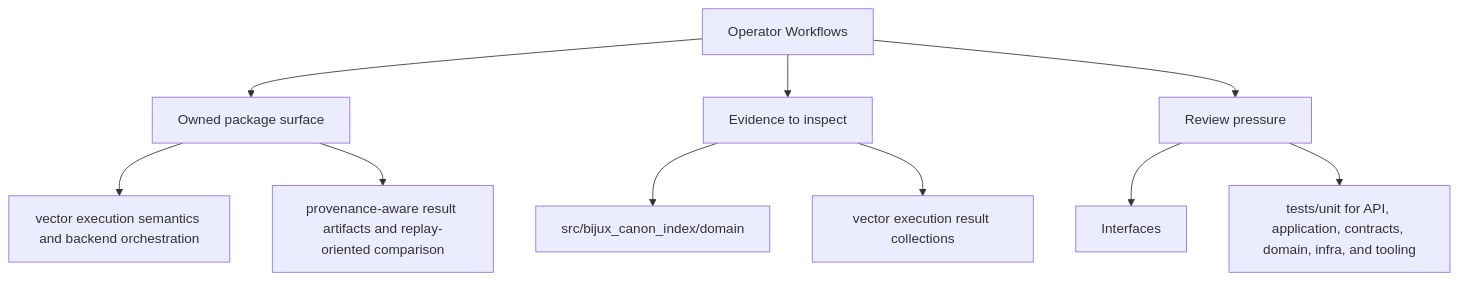
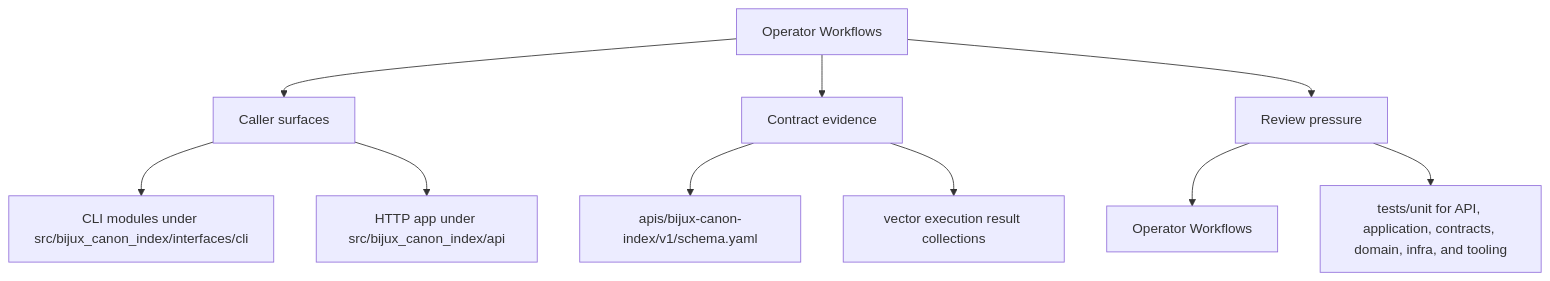
Before and after one commit to bijux/bijux-canon: the second of 2 diagrams in docs/bijux-canon-index/interfaces/operator-workflows.md, drawn with Mermaid. The commit also changed other lines of this file and 250 other files, not shown here.

Commit message:
docs(diagrams): make product page maps more readable

````diff
--- a/docs/bijux-canon-index/interfaces/operator-workflows.md
+++ b/docs/bijux-canon-index/interfaces/operator-workflows.md
@@ -34,22 +34,22 @@
 ```mermaid
 flowchart TD
     page["Operator Workflows"]
-    focus1["Owned package surface"]
+    focus1["Caller surfaces"]
     page --> focus1
-    focus1_1["vector execution semantics and backend orchestration"]
+    focus1_1["CLI modules under src/bijux_canon_index/interfaces/cli"]
     focus1 --> focus1_1
-    focus1_2["provenance-aware result artifacts and replay-oriented comparison"]
+    focus1_2["HTTP app under src/bijux_canon_index/api"]
     focus1 --> focus1_2
-    focus2["Evidence to inspect"]
+    focus2["Contract evidence"]
     page --> focus2
-    focus2_1["src/bijux_canon_index/domain"]
+    focus2_1["apis/bijux-canon-index/v1/schema.yaml"]
     focus2 --> focus2_1
     focus2_2["vector execution result collections"]
     focus2 --> focus2_2
     focus3["Review pressure"]
     page --> focus3
-    focus3_1["Interfaces"]
+    focus3_1["Operator Workflows"]
     focus3 --> focus3_1
     focus3_2["tests/unit for API, application, contracts, domain, infra, and tooling"]
     focus3 --> focus3_2
 ```
````
